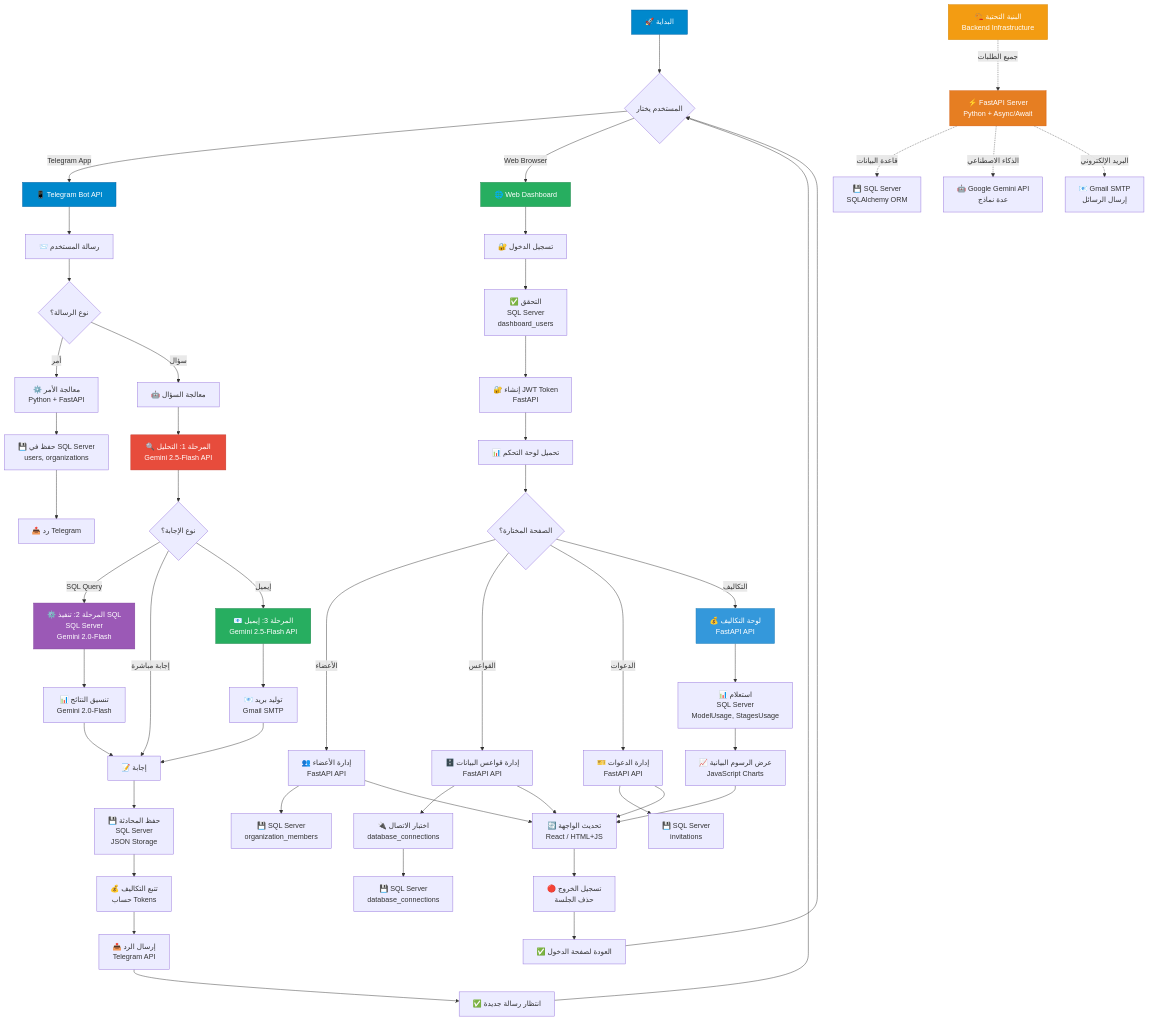
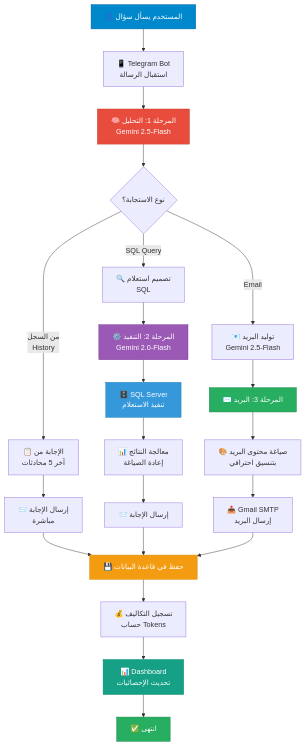
Before and after one commit to Bek0/AI-Telegram-Bot: the first of 2 diagrams in README.md, drawn with Mermaid.

````diff
--- a/README.md
+++ b/README.md
@@ -8,86 +8,42 @@
 ```mermaid
 graph TD
-    Start["🚀 البداية"] --> TelegramChoice{المستخدم يختار}
+    Start["👤 المستخدم يسأل سؤال"] --> Input["📱 Telegram Bot<br/>استقبال الرسالة"]
+    Input --> Stage1["🧠 المرحلة 1: التحليل<br/>Gemini 2.5-Flash"]
     
-    %% ===== TELEGRAM BOT PATH =====
-    TelegramChoice -->|Telegram App| TBot["📱 Telegram Bot API"]
-    TBot --> UserMsg["📨 رسالة المستخدم"]
+    Stage1 --> Decide{نوع الاستجابة؟}
     
-    UserMsg --> BotChoice{نوع الرسالة؟}
+    %% Path 1: Direct Answer from History
+    Decide -->|من السجل<br/>History| DirectPath["📋 الإجابة من<br/>آخر 5 محادثات"]
+    DirectPath --> SendDirect["📨 إرسال الإجابة<br/>مباشرة"]
     
-    BotChoice -->|أمر| Command["⚙️ معالجة الأمر<br/>Python + FastAPI"]
-    Command --> SaveDB["💾 حفظ في SQL Server<br/>users, organizations"]
-    SaveDB --> TelegramReply["📤 رد Telegram"]
+    %% Path 2: SQL Query
+    Decide -->|SQL Query| SQLPath["🔍 تصميم استعلام<br/>SQL"]
+    SQLPath --> Stage2["⚙️ المرحلة 2: التنفيذ<br/>Gemini 2.0-Flash"]
+    Stage2 --> ExecuteDB["🗄️ SQL Server<br/>تنفيذ الاستعلام"]
+    ExecuteDB --> ProcessResults["📊 معالجة النتائج<br/>إعادة الصياغة"]
+    ProcessResults --> SendSQL["📨 إرسال الإجابة"]
     
-    BotChoice -->|سؤال| Question["🤖 معالجة السؤال"]
-    Question --> Stage1["🔍 المرحلة 1: التحليل<br/>Gemini 2.5-Flash API"]
+    %% Path 3: Email Generation
+    Decide -->|Email| EmailPath["📧 توليد البريد<br/>Gemini 2.5-Flash"]
+    EmailPath --> Stage3["✉️ المرحلة 3: البريد"]
+    Stage3 --> GenerateEmail["🎨 صياغة محتوى البريد<br/>بتنسيق احترافي"]
+    GenerateEmail --> SendEmail["📤 Gmail SMTP<br/>إرسال البريد"]
     
-    Stage1 --> Decision{نوع الإجابة؟}
+    %% Logging and Tracking
+    SendDirect --> SaveConv["💾 حفظ في قاعدة البيانات"]
+    SendSQL --> SaveConv
+    SendEmail --> SaveConv
     
-    Decision -->|SQL Query| Stage2["⚙️ المرحلة 2: تنفيذ SQL<br/>SQL Server<br/>Gemini 2.0-Flash"]
-    Decision -->|إجابة مباشرة| Response1["📝 إجابة"]
-    Decision -->|إيميل| Stage3["📧 المرحلة 3: إيميل<br/>Gemini 2.5-Flash API"]
-    
-    Stage2 --> FormatResults["📊 تنسيق النتائج<br/>Gemini 2.0-Flash"]
-    FormatResults --> Response1
-    
-    Stage3 --> GenEmail["📧 توليد بريد<br/>Gmail SMTP"]
-    GenEmail --> Response1
-    
-    Response1 --> SaveConversation["💾 حفظ المحادثة<br/>SQL Server<br/>JSON Storage"]
-    SaveConversation --> TrackCost["💰 تتبع التكاليف<br/>حساب Tokens"]
-    TrackCost --> SendTelegram["📤 إرسال الرد<br/>Telegram API"]
-    SendTelegram --> Ready1["✅ انتظار رسالة جديدة"]
-    
-    %% ===== WEB DASHBOARD PATH =====
-    TelegramChoice -->|Web Browser| Dashboard["🌐 Web Dashboard"]
-    Dashboard --> Login["🔐 تسجيل الدخول"]
-    Login --> AuthCheck["✅ التحقق<br/>SQL Server<br/>dashboard_users"]
-    AuthCheck --> JWT["🔐 إنشاء JWT Token<br/>FastAPI"]
-    JWT --> DashLoad["📊 تحميل لوحة التحكم"]
-    
-    DashLoad --> DashChoice{الصفحة المختارة؟}
-    
-    DashChoice -->|الأعضاء| Members["👥 إدارة الأعضاء<br/>FastAPI API"]
-    Members --> MembersDB["💾 SQL Server<br/>organization_members"]
-    
-    DashChoice -->|القواعس| Databases["🗄️ إدارة قواعس البيانات<br/>FastAPI API"]
-    Databases --> DBConn["🔌 اختبار الاتصال<br/>database_connections"]
-    DBConn --> DBConnDB["💾 SQL Server<br/>database_connections"]
-    
-    DashChoice -->|الدعوات| Invites["🎫 إدارة الدعوات<br/>FastAPI API"]
-    Invites --> InvDB["💾 SQL Server<br/>invitations"]
-    
-    DashChoice -->|التكاليف| Costs["💰 لوحة التكاليف<br/>FastAPI API"]
-    Costs --> CostsDB["📊 استعلام<br/>SQL Server<br/>ModelUsage, StagesUsage"]
-    CostsDB --> CostsDisplay["📈 عرض الرسوم البيانية<br/>JavaScript Charts"]
-    
-    Members --> UpdateUI["🔄 تحديث الواجهة<br/>React / HTML+JS"]
-    Databases --> UpdateUI
-    Invites --> UpdateUI
-    CostsDisplay --> UpdateUI
-    
-    UpdateUI --> Logout["🔴 تسجيل الخروج<br/>حذف الجلسة"]
-    Logout --> Ready2["✅ العودة لصفحة الدخول"]
-    
-    %% Connection back
-    Ready1 --> TelegramChoice
-    Ready2 --> TelegramChoice
-    
-    %% ===== Backend Infrastructure =====
-    BackendGroup["🏗️ البنية التحتية<br/>Backend Infrastructure"]
-    BackendGroup -.->|جميع الطلبات| FastAPI["⚡ FastAPI Server<br/>Python + Async/Await"]
-    FastAPI -.->|قاعدة البيانات| SQLServer["💾 SQL Server<br/>SQLAlchemy ORM"]
-    FastAPI -.->|الذكاء الاصطناعي| Gemini["🤖 Google Gemini API<br/>عدة نماذج"]
-    FastAPI -.->|البريد الإلكتروني| Gmail["📧 Gmail SMTP<br/>إرسال الرسائل"]
+    SaveConv --> LogCosts["💰 تسجيل التكاليف<br/>حساب Tokens"]
+    LogCosts --> Dashboard["📊 Dashboard<br/>تحديث الإحصائيات"]
+    Dashboard --> End["✅ انتهى"]
     
     style Start fill:#0088cc,stroke:#005fa3,color:#fff
-    style TBot fill:#0088cc,stroke:#005fa3,color:#fff
     style Stage1 fill:#e74c3c,stroke:#c0392b,color:#fff
     style Stage2 fill:#9b59b6,stroke:#7d3c98,color:#fff
     style Stage3 fill:#27ae60,stroke:#1e8449,color:#fff
-    style Dashboard fill:#27ae60,stroke:#1e8449,color:#fff
-    style Costs fill:#3498db,stroke:#2980b9,color:#fff
-    style BackendGroup fill:#f39c12,stroke:#d68910,color:#fff
-    style FastAPI fill:#e67e22,stroke:#d35400,color:#fff
+    style ExecuteDB fill:#3498db,stroke:#2980b9,color:#fff
+    style SaveConv fill:#f39c12,stroke:#d68910,color:#fff
+    style Dashboard fill:#16a085,stroke:#138d75,color:#fff
+    style End fill:#27ae60,stroke:#1e8449,color:#fff
 ```
````
